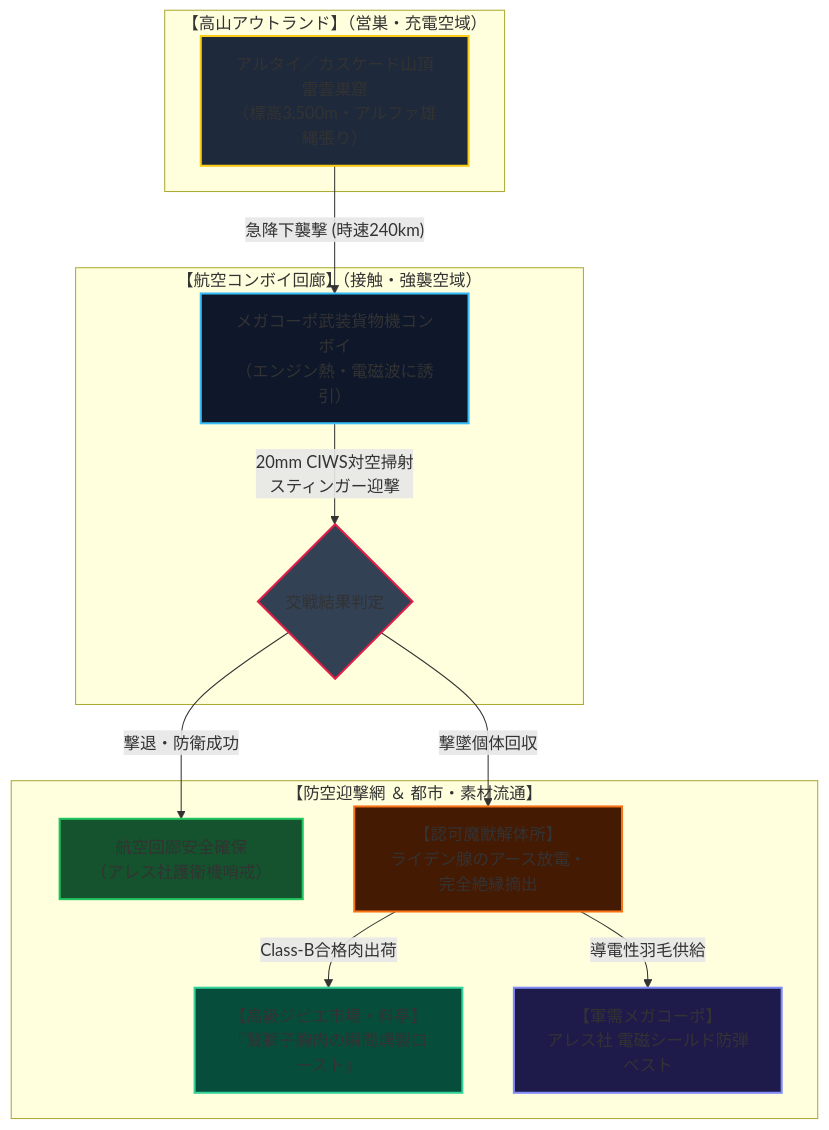
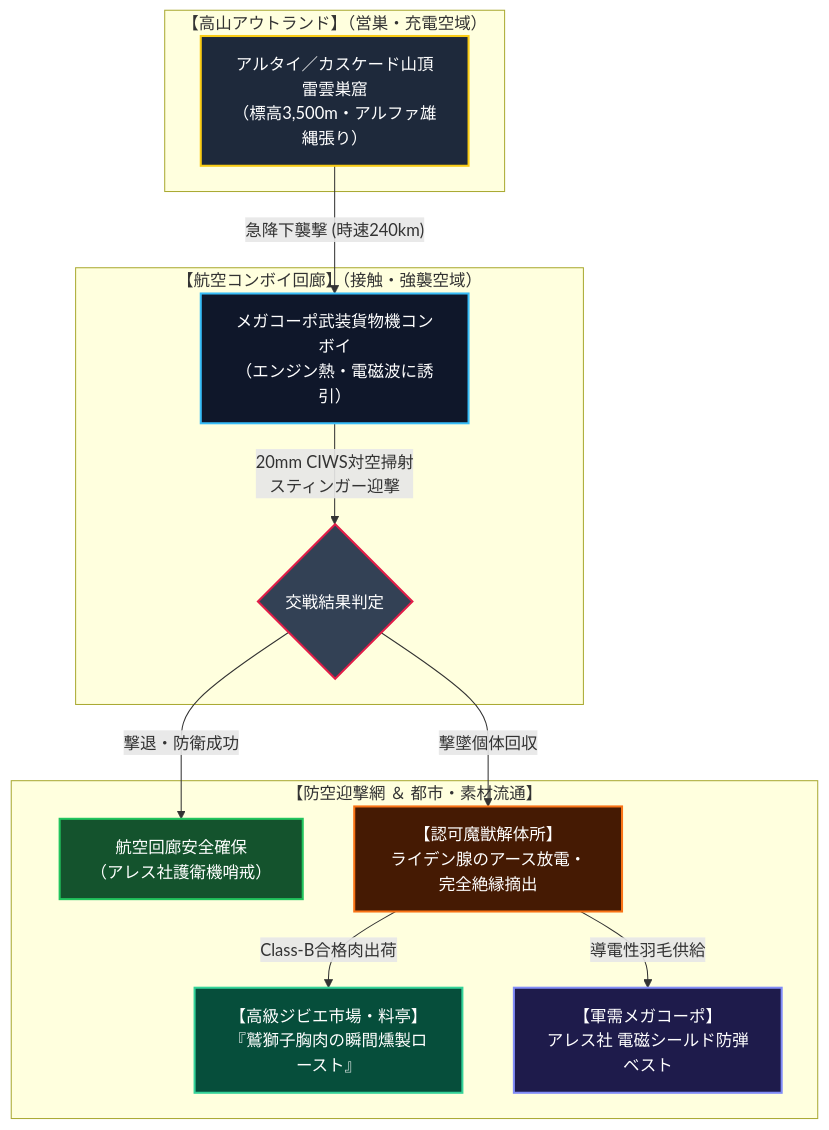
Before and after one commit to takenoriohno-cloud/world-building: the second of 3 diagrams in creatures/002_thunder_gryphon.md, drawn with Mermaid. The commit also changed other lines of this file and 8 other files, not shown here.

Commit message:
feature/updateCreature update: mermaid文字色固定

````diff
--- a/creatures/002_thunder_gryphon.md
+++ b/creatures/002_thunder_gryphon.md
@@ -117,24 +117,24 @@
 ```mermaid
 flowchart TD
     subgraph "【高山アウトランド】（営巣・充電空域）"
         A["アルタイ／カスケード山頂雷雲巣窟<br>（標高3,500m・アルファ雄縄張り）"]
     end
     subgraph "【航空コンボイ回廊】（接触・強襲空域）"
         A -->|"急降下襲撃 (時速240km)"| B["メガコーポ武装貨物機コンボイ<br>（エンジン熱・電磁波に誘引）"]
         B -->|"20mm CIWS対空掃射<br>スティンガー迎撃"| C{"交戦結果判定"}
     end
     subgraph "【防空迎撃網 ＆ 都市・素材流通】"
         C -->|"撃退・防衛成功"| D["航空回廊安全確保<br>（アレス社護衛機哨戒）"]
         C -->|"撃墜個体回収"| E["【認可魔獣解体所】<br>ライデン腺のアース放電・完全絶縁摘出"]
         E -->|"Class-B合格肉出荷"| F["【高級ジビエ市場・料亭】<br>『鷲獅子胸肉の瞬間燻製ロースト』"]
         E -->|"導電性羽毛供給"| G["【軍需メガコーポ】<br>アレス社 電磁シールド防弾ベスト"]
     end
 
-    style A fill:#1e293b,stroke:#facc15,stroke-width:2px;
-    style B fill:#0f172a,stroke:#38bdf8,stroke-width:2px;
-    style C fill:#334155,stroke:#e11d48,stroke-width:2px;
-    style D fill:#14532d,stroke:#22c55e,stroke-width:2px;
-    style E fill:#451a03,stroke:#f97316,stroke-width:2px;
-    style F fill:#064e3b,stroke:#34d399,stroke-width:2px;
-    style G fill:#1e1b4b,stroke:#818cf8,stroke-width:2px;
+    style A fill:#1e293b,stroke:#facc15,stroke-width:2px,color:#ffffff;
+    style B fill:#0f172a,stroke:#38bdf8,stroke-width:2px,color:#ffffff;
+    style C fill:#334155,stroke:#e11d48,stroke-width:2px,color:#ffffff;
+    style D fill:#14532d,stroke:#22c55e,stroke-width:2px,color:#ffffff;
+    style E fill:#451a03,stroke:#f97316,stroke-width:2px,color:#ffffff;
+    style F fill:#064e3b,stroke:#34d399,stroke-width:2px,color:#ffffff;
+    style G fill:#1e1b4b,stroke:#818cf8,stroke-width:2px,color:#ffffff;
 ```
````
